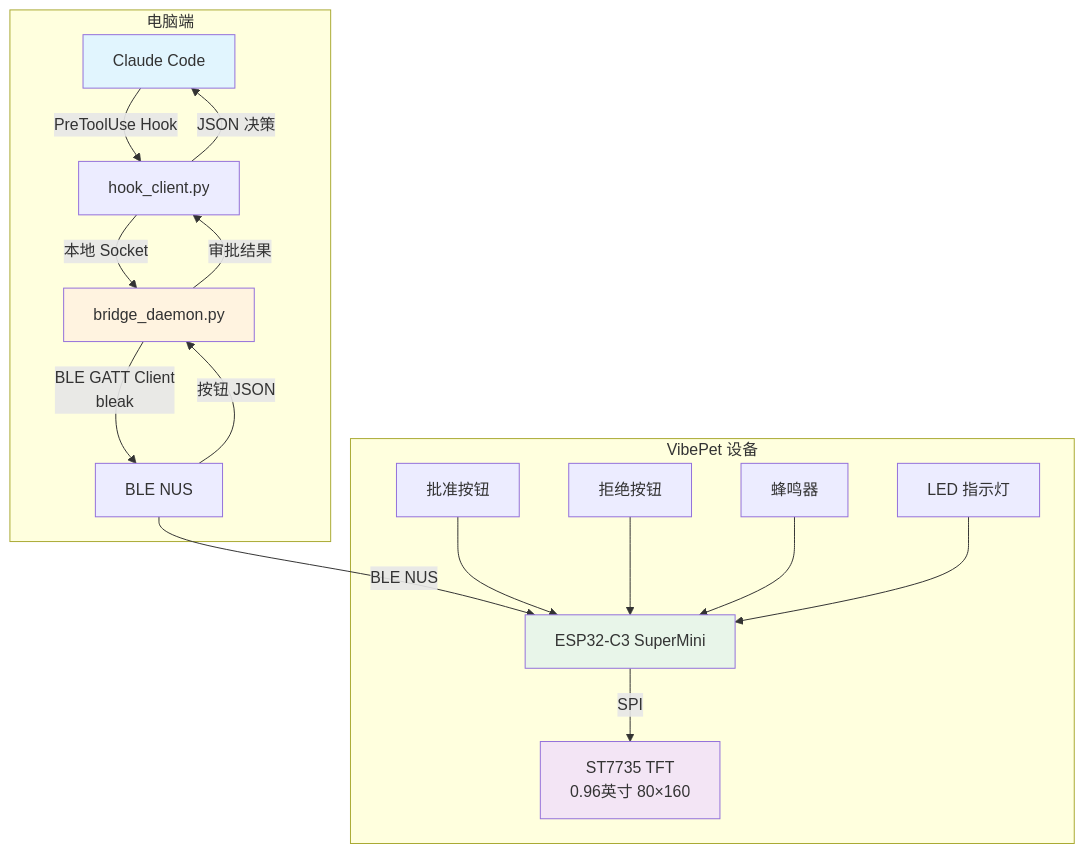
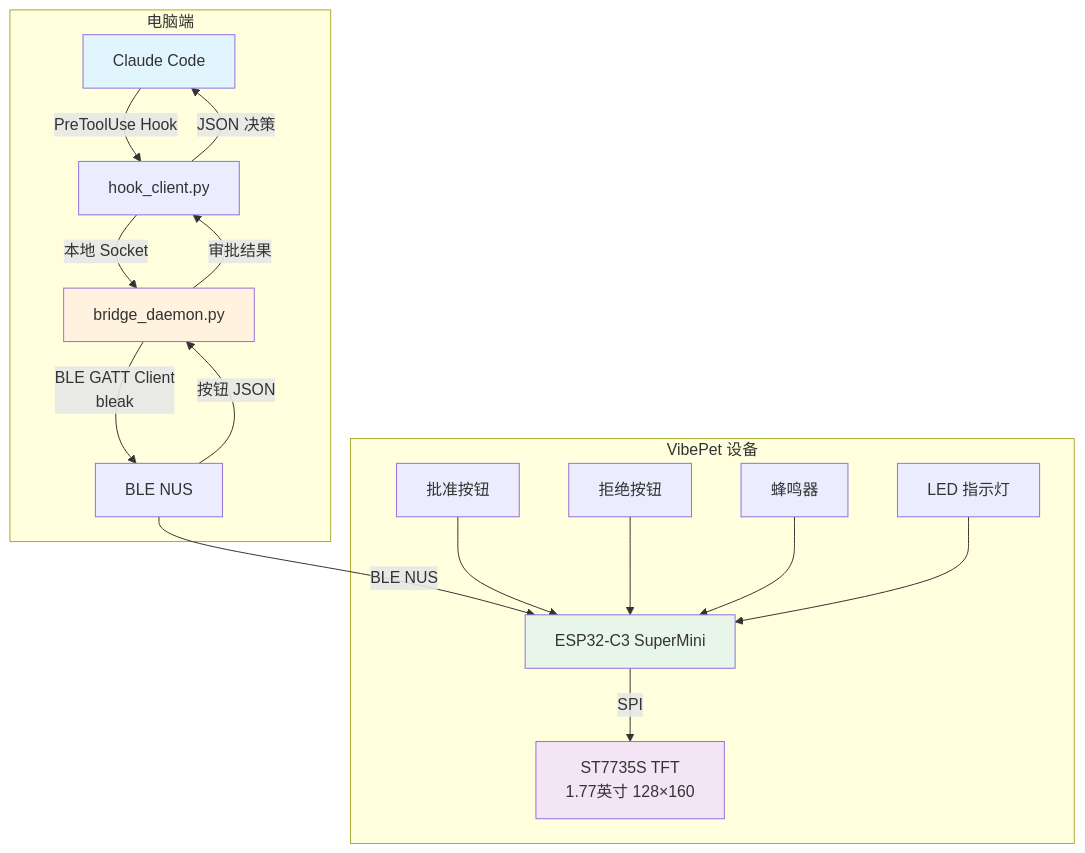
One commit to zenith8366/myproject changed the first of 3 diagrams in vibepet/VibePet —— AI 编程助手物理状态显示与审批终端（无线 BLE 版）v2.0.md. Above: the diagram before and after it, drawn with Mermaid. The commit also changed other lines of this file and 12 other files, not shown here.

````diff
--- a/vibepet/VibePet —— AI 编程助手物理状态显示与审批终端（无线 BLE 版）v2.0.md
+++ b/vibepet/VibePet —— AI 编程助手物理状态显示与审批终端（无线 BLE 版）v2.0.md
@@ -73,25 +73,25 @@
 ```mermaid
 graph TB
     subgraph 电脑端
         A[Claude Code] -->|PreToolUse Hook| B[hook_client.py]
         B -->|本地 Socket| C[bridge_daemon.py]
         C -->|BLE GATT Client<br/>bleak| D[BLE NUS]
         D -->|按钮 JSON| C
         C -->|审批结果| B
         B -->|JSON 决策| A
     end
 
     subgraph VibePet 设备
         D -->|BLE NUS| E[ESP32-C3 SuperMini]
-        E -->|SPI| F[ST7735 TFT<br/>0.96英寸 80×160]
+        E -->|SPI| F[ST7735S TFT<br/>1.77英寸 128×160]
         G[批准按钮] --> E
         H[拒绝按钮] --> E
         I[蜂鸣器] --> E
         J[LED 指示灯] --> E
     end
 
     style A fill:#e1f5fe
     style C fill:#fff3e0
     style E fill:#e8f5e9
     style F fill:#f3e5f5
 ```
````
